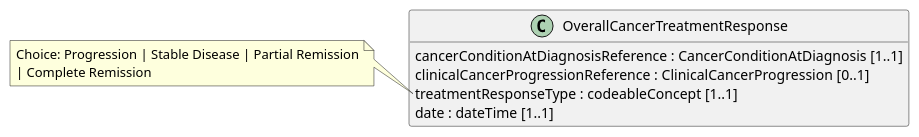
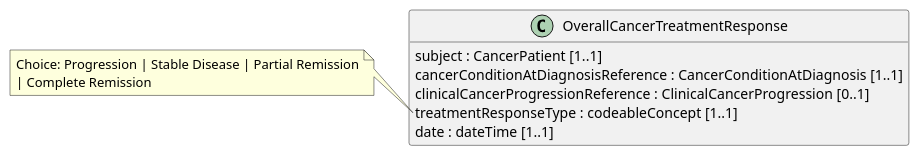
The diagram in input/images-source/OverallCancerTreatmentResponse_LM.plantuml (hl7-eu/cancer-common), drawn with PlantUML before and after one commit. The commit also changed 3 other files, not shown here.

```diff
--- a/input/images-source/OverallCancerTreatmentResponse_LM.plantuml
+++ b/input/images-source/OverallCancerTreatmentResponse_LM.plantuml
@@ -1,16 +1,17 @@
 @startuml
 hide empty members
 skinparam classAttributeIconSize 0
 
 class OverallCancerTreatmentResponse {
+  subject : CancerPatient [1..1]
   cancerConditionAtDiagnosisReference : CancerConditionAtDiagnosis [1..1]
   clinicalCancerProgressionReference : ClinicalCancerProgression [0..1]
   treatmentResponseType : codeableConcept [1..1]
   date : dateTime [1..1]
 }
 
 note left of OverallCancerTreatmentResponse::treatmentResponseType
 Choice: Progression | Stable Disease | Partial Remission
 | Complete Remission
 end note
 @enduml
```
